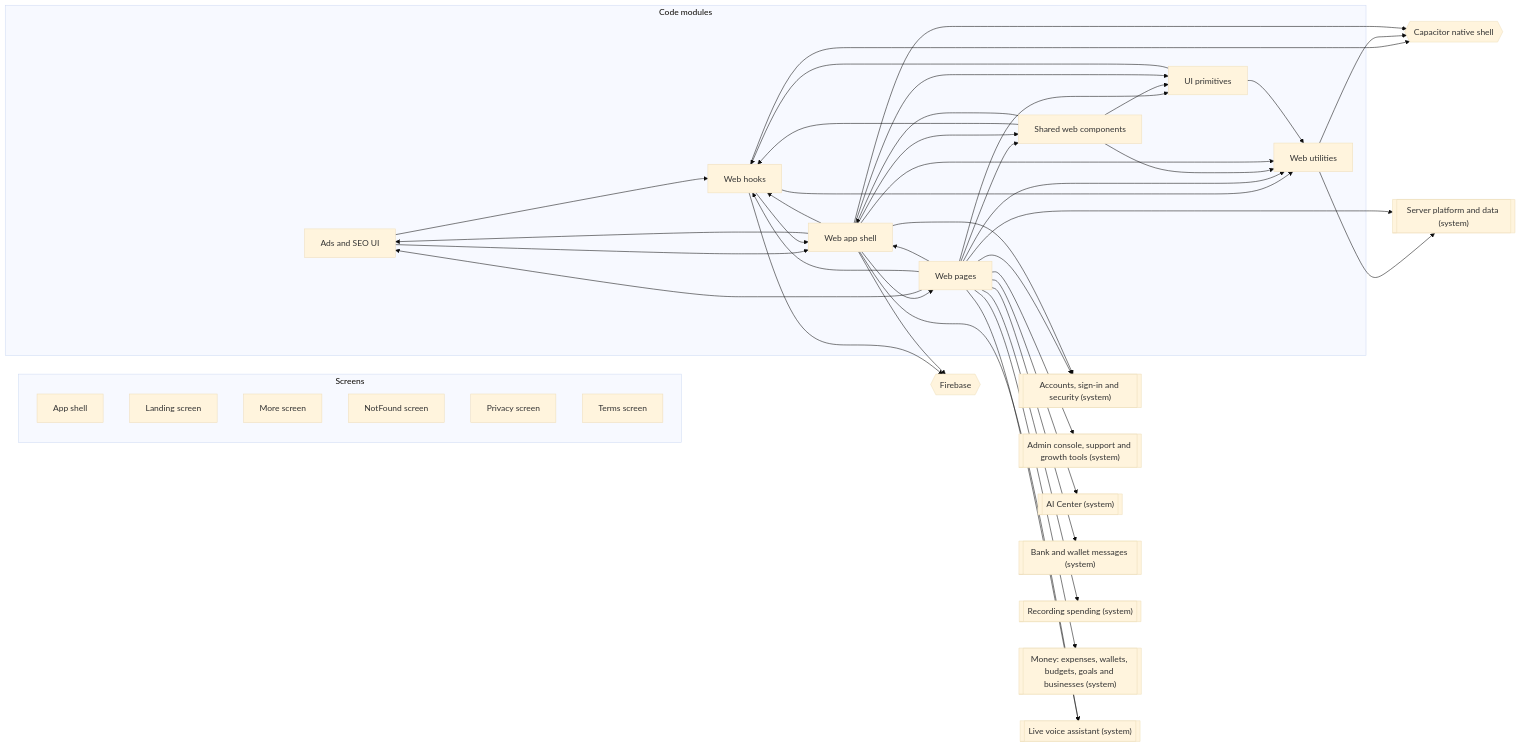
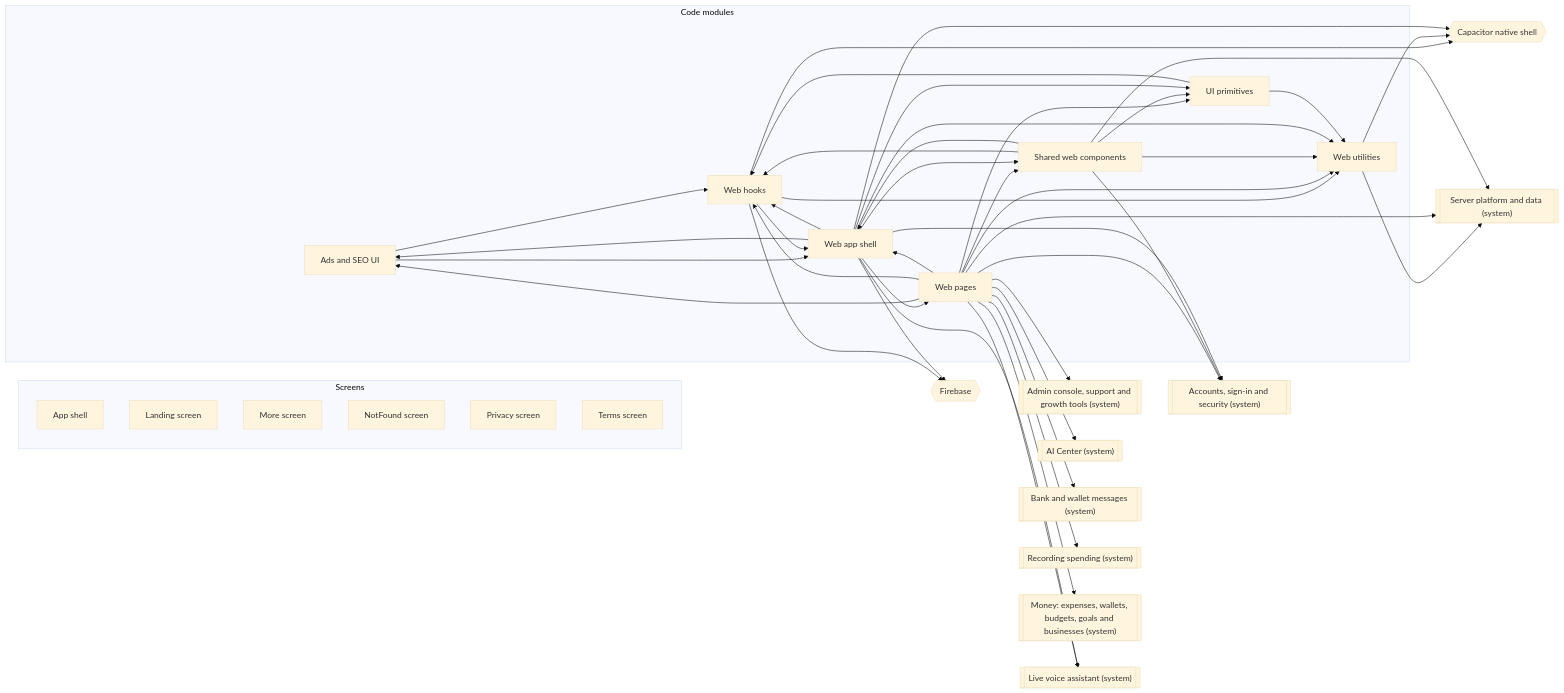
The diagram in docs/atlas/systems/web-app.md (mahmoudtaherr111/smartspend_mini_all), drawn with Mermaid (base theme) before and after one commit. The commit also changed other lines of this file and 34 other files, not shown here.

````diff
--- a/docs/atlas/systems/web-app.md
+++ b/docs/atlas/systems/web-app.md
@@ -13,68 +13,70 @@
 ```mermaid
 flowchart LR
   subgraph g_screens["Screens"]
     page_App_shell["App shell"]
     page_Landing["Landing screen"]
     page_More["More screen"]
     page_NotFound["NotFound screen"]
     page_Privacy["Privacy screen"]
     page_Terms["Terms screen"]
   end
   subgraph g_modules["Code modules"]
     mod_web_growth["Ads and SEO UI"]
     mod_web_hooks["Web hooks"]
     mod_web_lib["Web utilities"]
     mod_web_pages["Web pages"]
     mod_web_shared["Shared web components"]
     mod_web_shell["Web app shell"]
     mod_web_ui_kit["UI primitives"]
   end
   ext_capacitor{{"Capacitor native shell"}}
   ext_firebase{{"Firebase"}}
   sys_accounts[["Accounts, sign-in and security (system)"]]
   sys_admin[["Admin console, support and growth tools (system)"]]
   sys_ai_center[["AI Center (system)"]]
   sys_bank_messages[["Bank and wallet messages (system)"]]
   sys_expense_capture[["Recording spending (system)"]]
   sys_money[["Money: expenses, wallets, budgets, goals and businesses (system)"]]
   sys_platform[["Server platform and data (system)"]]
   sys_voice_calls[["Live voice assistant (system)"]]
   mod_web_growth --> mod_web_hooks
   mod_web_growth --> mod_web_shell
   mod_web_hooks --> ext_capacitor
   mod_web_hooks --> ext_firebase
   mod_web_hooks --> mod_web_lib
   mod_web_hooks --> mod_web_shell
   mod_web_lib --> ext_capacitor
   mod_web_lib --> sys_platform
   mod_web_pages --> mod_web_growth
   mod_web_pages --> mod_web_hooks
   mod_web_pages --> mod_web_lib
   mod_web_pages --> mod_web_shared
   mod_web_pages --> mod_web_shell
   mod_web_pages --> mod_web_ui_kit
   mod_web_pages --> sys_accounts
   mod_web_pages --> sys_admin
   mod_web_pages --> sys_ai_center
   mod_web_pages --> sys_bank_messages
   mod_web_pages --> sys_expense_capture
   mod_web_pages --> sys_money
   mod_web_pages --> sys_platform
   mod_web_pages --> sys_voice_calls
   mod_web_shared --> mod_web_hooks
   mod_web_shared --> mod_web_lib
   mod_web_shared --> mod_web_shell
   mod_web_shared --> mod_web_ui_kit
+  mod_web_shared --> sys_accounts
+  mod_web_shared --> sys_platform
   mod_web_shell --> ext_capacitor
   mod_web_shell --> ext_firebase
   mod_web_shell --> mod_web_growth
   mod_web_shell --> mod_web_hooks
   mod_web_shell --> mod_web_lib
   mod_web_shell --> mod_web_pages
   mod_web_shell --> mod_web_shared
   mod_web_shell --> mod_web_ui_kit
   mod_web_shell --> sys_accounts
   mod_web_shell --> sys_voice_calls
   mod_web_ui_kit --> mod_web_hooks
   mod_web_ui_kit --> mod_web_lib
 ```
````
